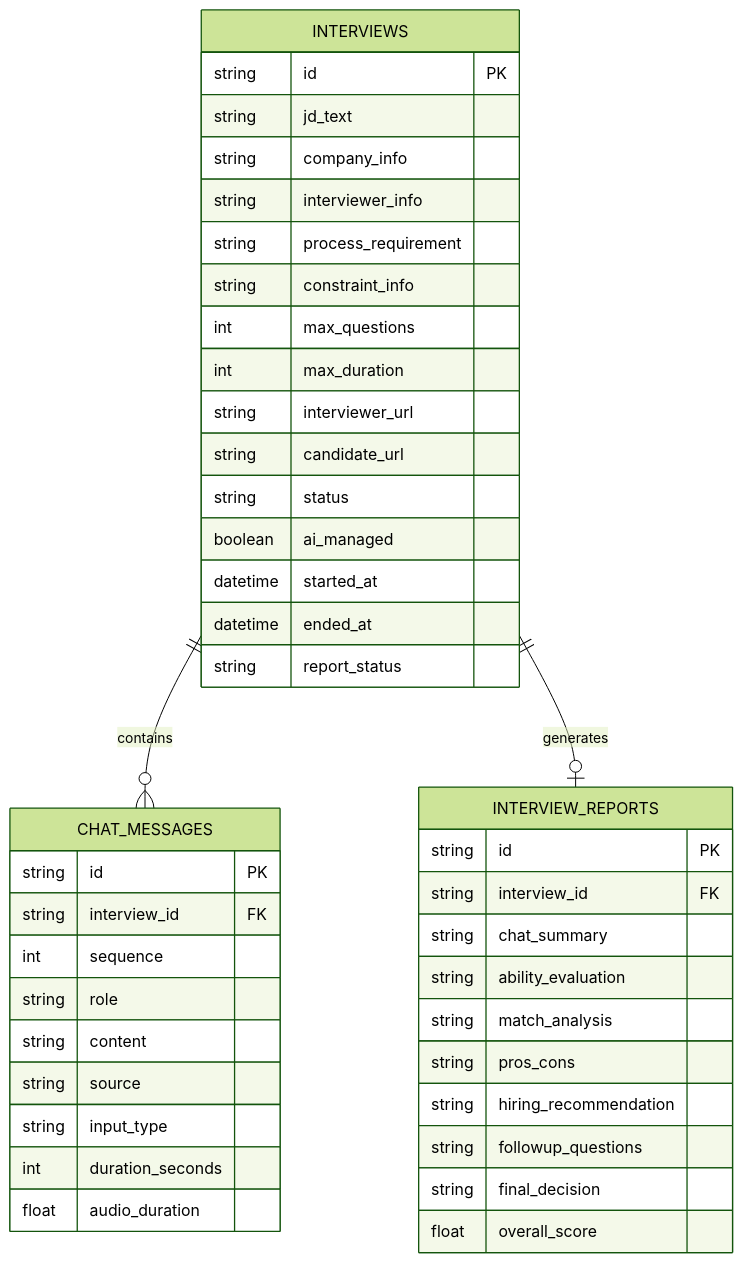
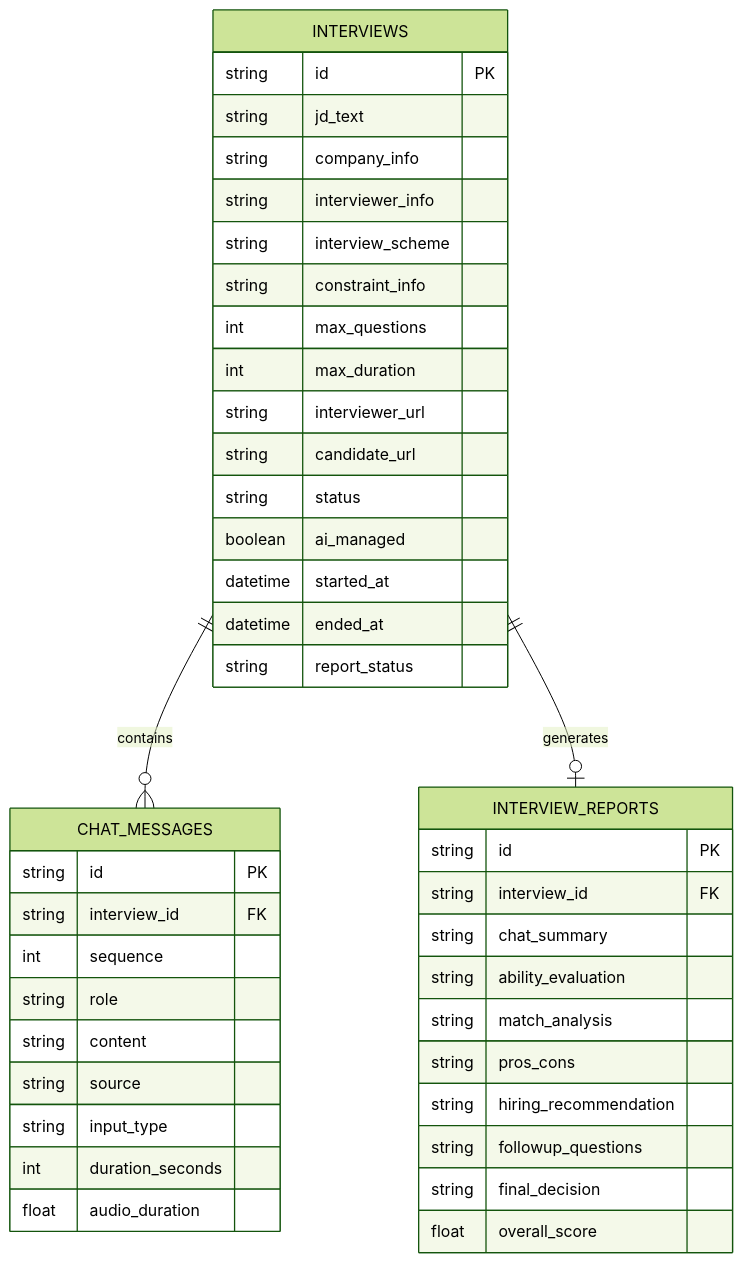
One commit to feng-crazy/interviewpilot changed the fifth of 6 diagrams in docs/superpowers/specs/2026-04-17-interviewpilot-design.md. Above: the diagram before and after it, drawn with Mermaid (forest theme). The commit also changed other lines of this file and 27 other files, not shown here.

First line of the commit message:
refactor: rename process_requirement to interview_scheme across the application

````diff
--- a/docs/superpowers/specs/2026-04-17-interviewpilot-design.md
+++ b/docs/superpowers/specs/2026-04-17-interviewpilot-design.md
@@ -528,48 +528,48 @@
 ```mermaid
 erDiagram
     INTERVIEWS ||--o{ CHAT_MESSAGES : contains
     INTERVIEWS ||--o| INTERVIEW_REPORTS : generates
     
     INTERVIEWS {
         string id PK
         string jd_text
         string company_info
         string interviewer_info
-        string process_requirement
+        string interview_scheme
         string constraint_info
         int max_questions
         int max_duration
         string interviewer_url
         string candidate_url
         string status
         boolean ai_managed
         datetime started_at
         datetime ended_at
         string report_status
     }
     
     CHAT_MESSAGES {
         string id PK
         string interview_id FK
         int sequence
         string role
         string content
         string source
         string input_type
         int duration_seconds
         float audio_duration
     }
     
     INTERVIEW_REPORTS {
         string id PK
         string interview_id FK
         string chat_summary
         string ability_evaluation
         string match_analysis
         string pros_cons
         string hiring_recommendation
         string followup_questions
         string final_decision
         float overall_score
     }
 ```
````
